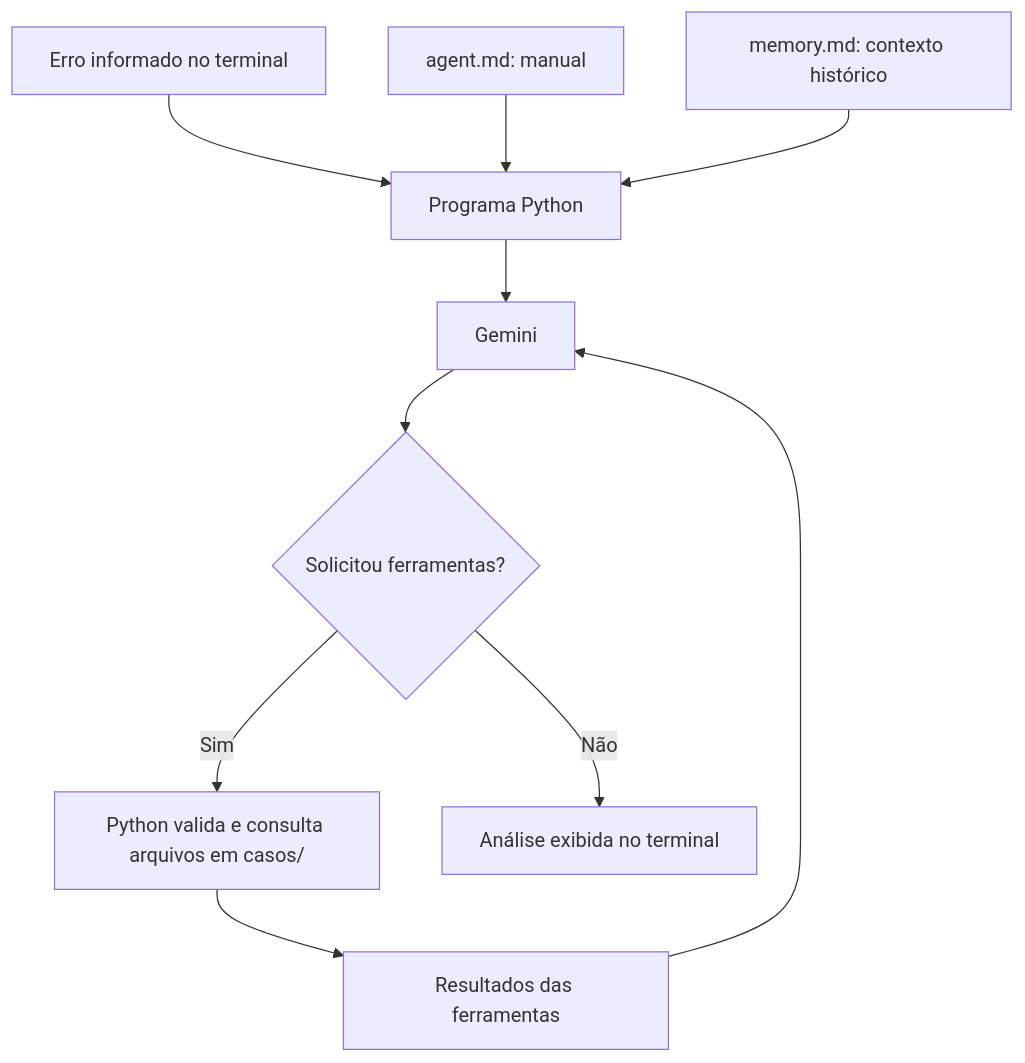
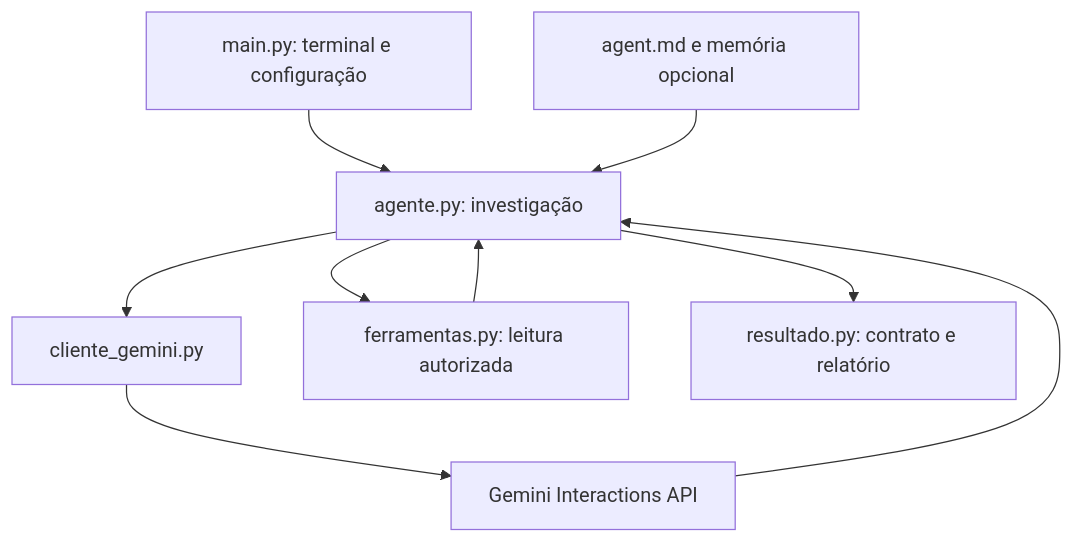
One commit to JulianoTavaresDaSilva/agente-debug changed the diagram in README.md. Above: the diagram before and after it, drawn with Mermaid. The commit also changed other lines of this file and 3 other files, not shown here.

````diff
--- a/README.md
+++ b/README.md
@@ -22,12 +159,11 @@
-```mermaid
+~~~mermaid
 flowchart TD
-    A[Erro informado no terminal] --> B[Programa Python]
-    C[agent.md: manual] --> B
-    D[memory.md: contexto histórico] --> B
-    B --> E[Gemini]
-    E --> F{Solicitou ferramentas?}
-    F -- Sim --> G[Python valida e consulta arquivos em casos/]
-    G --> H[Resultados das ferramentas]
-    H --> E
-    F -- Não --> I[Análise exibida no terminal]
-```
+    CLI[main.py: terminal e configuração] --> CICLO[agente.py: investigação]
+    MANUAL[agent.md e memória opcional] --> CICLO
+    CICLO --> API[cliente_gemini.py]
+    API --> GEMINI[Gemini Interactions API]
+    GEMINI --> CICLO
+    CICLO --> TOOLS[ferramentas.py: leitura autorizada]
+    TOOLS --> CICLO
+    CICLO --> SAIDA[resultado.py: contrato e relatório]
+~~~
````
